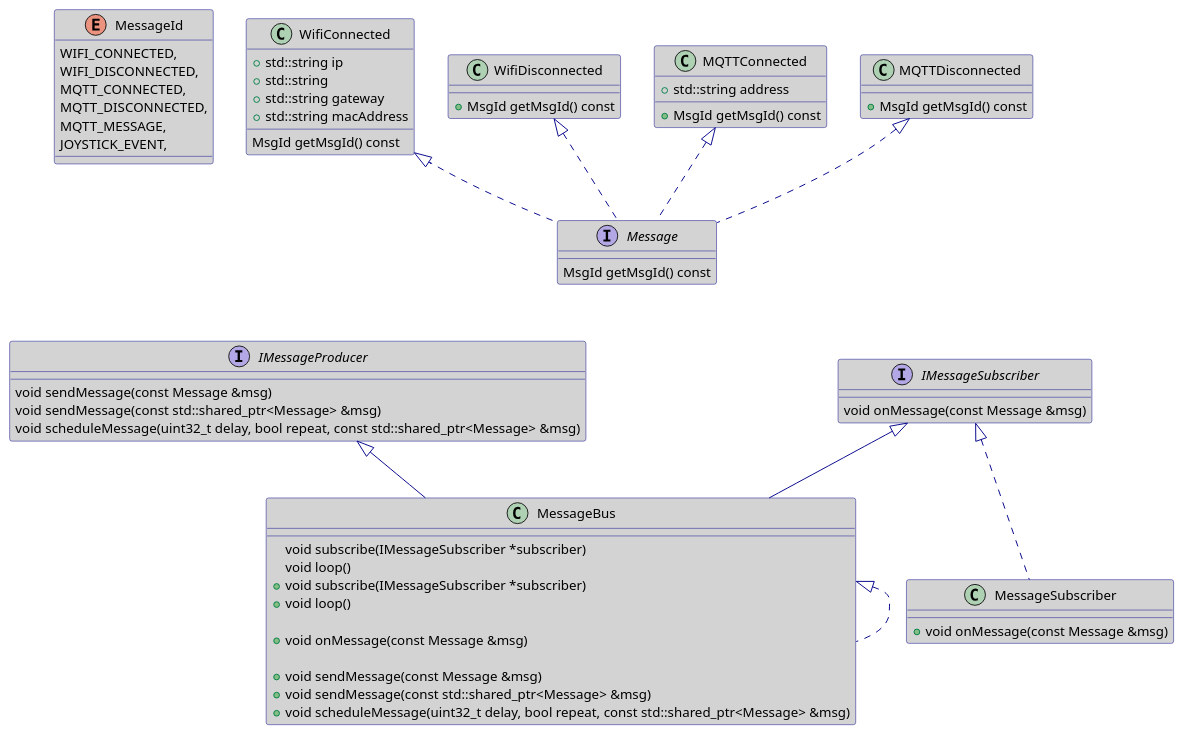
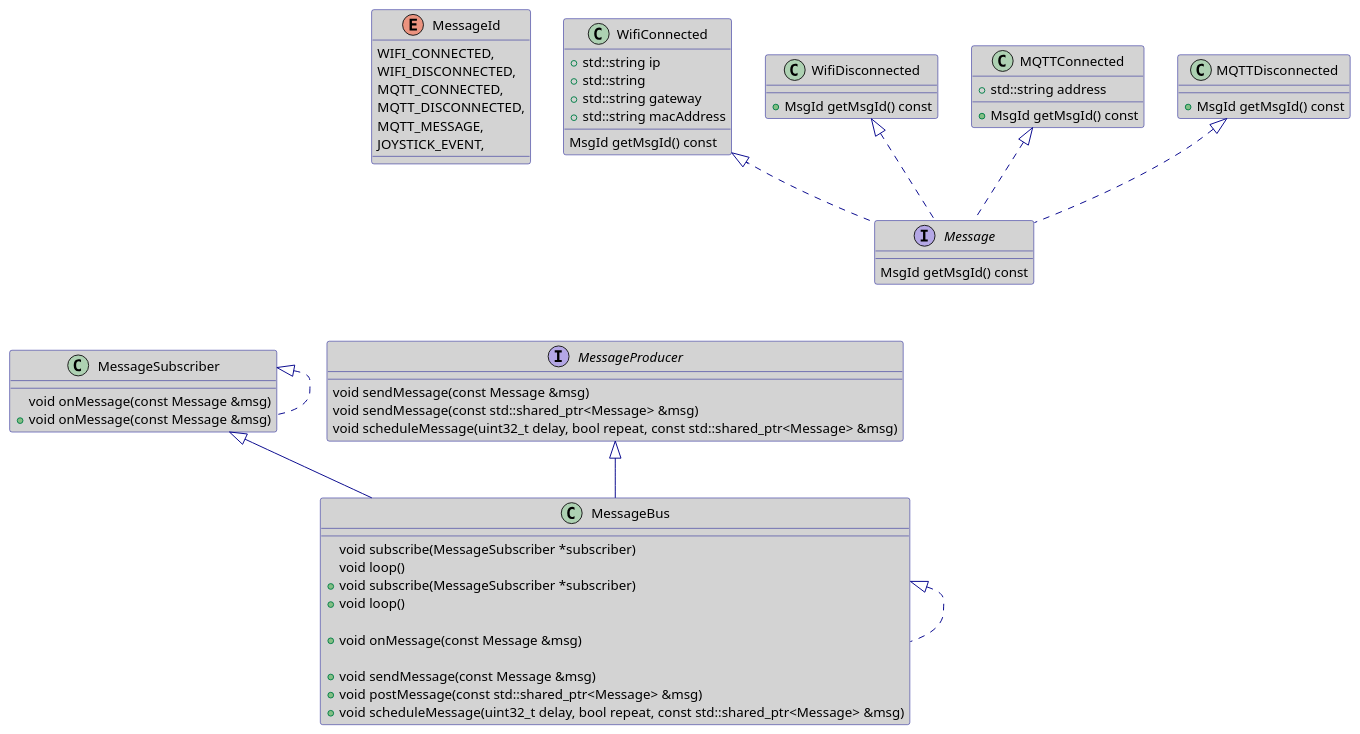
One commit to darvik80/esp32-core changed the diagram in puml/MessageBus.puml. Above: the diagram before and after it, drawn with PlantUML. The commit also changed 10 other files, not shown here.

```diff
--- a/puml/MessageBus.puml
+++ b/puml/MessageBus.puml
@@ -1,91 +1,91 @@
 @startuml
 'https://plantuml.com/class-diagram
 
 skinparam backgroundcolor White
 skinparam classBackgroundColor LightGray
 skinparam arrowColor DarkBlue
 skinparam classBorderColor DarkBlue
 
 enum MessageId {
     WIFI_CONNECTED,
     WIFI_DISCONNECTED,
     MQTT_CONNECTED,
     MQTT_DISCONNECTED,
     MQTT_MESSAGE,
     JOYSTICK_EVENT,
 }
 
 interface Message {
     MsgId getMsgId() const
 }
 
 class WifiConnected {
     +std::string ip
     +std::string
     +std::string gateway
     +std::string macAddress
 
     MsgId getMsgId() const
 }
 
 WifiConnected <|.. Message
 
 class WifiDisconnected {
     +MsgId getMsgId() const
 }
 
 WifiDisconnected <|.. Message
 
 class MQTTConnected {
     +std::string address
     +MsgId getMsgId() const
 }
 
 MQTTConnected <|.. Message
 
 class MQTTDisconnected {
     +MsgId getMsgId() const
 }
 
 MQTTDisconnected <|.. Message
 
-interface IMessageSubscriber {
+interface MessageSubscriber {
     void onMessage(const Message &msg)
 }
 
-interface IMessageProducer {
+interface MessageProducer {
     void sendMessage(const Message &msg)
     void sendMessage(const std::shared_ptr<Message> &msg)
     void scheduleMessage(uint32_t delay, bool repeat, const std::shared_ptr<Message> &msg)
 }
 
 interface MessageBus {
-    void subscribe(IMessageSubscriber *subscriber)
+    void subscribe(MessageSubscriber *subscriber)
     void loop()
 }
 
-IMessageProducer <|-- MessageBus
-IMessageSubscriber <|-- MessageBus
+MessageProducer <|-- MessageBus
+MessageSubscriber <|-- MessageBus
 
 class MessageSubscriber {
     +void onMessage(const Message &msg)
 }
 
-IMessageSubscriber <|.. MessageSubscriber
+MessageSubscriber <|.. MessageSubscriber
 
 class MessageBus {
-    +void subscribe(IMessageSubscriber *subscriber)
+    +void subscribe(MessageSubscriber *subscriber)
     +void loop()
 
     +void onMessage(const Message &msg)
 
     +void sendMessage(const Message &msg)
-    +void sendMessage(const std::shared_ptr<Message> &msg)
+    +void postMessage(const std::shared_ptr<Message> &msg)
     +void scheduleMessage(uint32_t delay, bool repeat, const std::shared_ptr<Message> &msg)
 }
 
 MessageBus <|.. MessageBus
 
 Message --d[hidden]-> MessageBus
 
 @enduml
```
